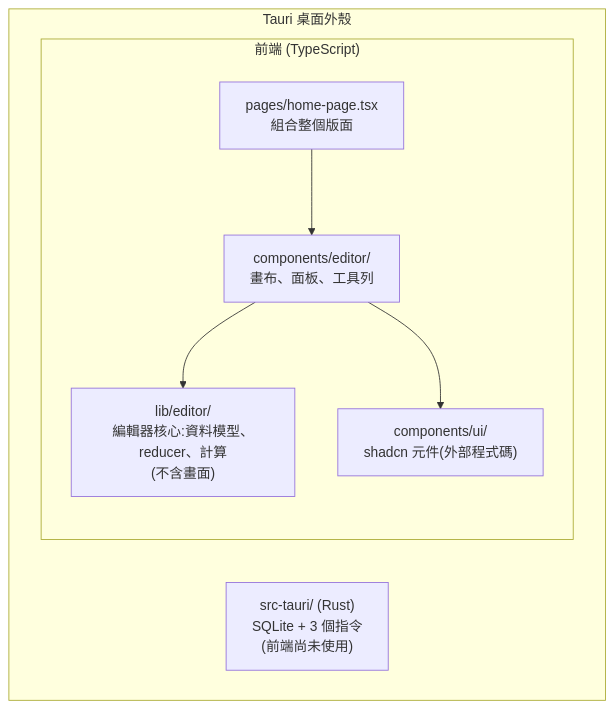
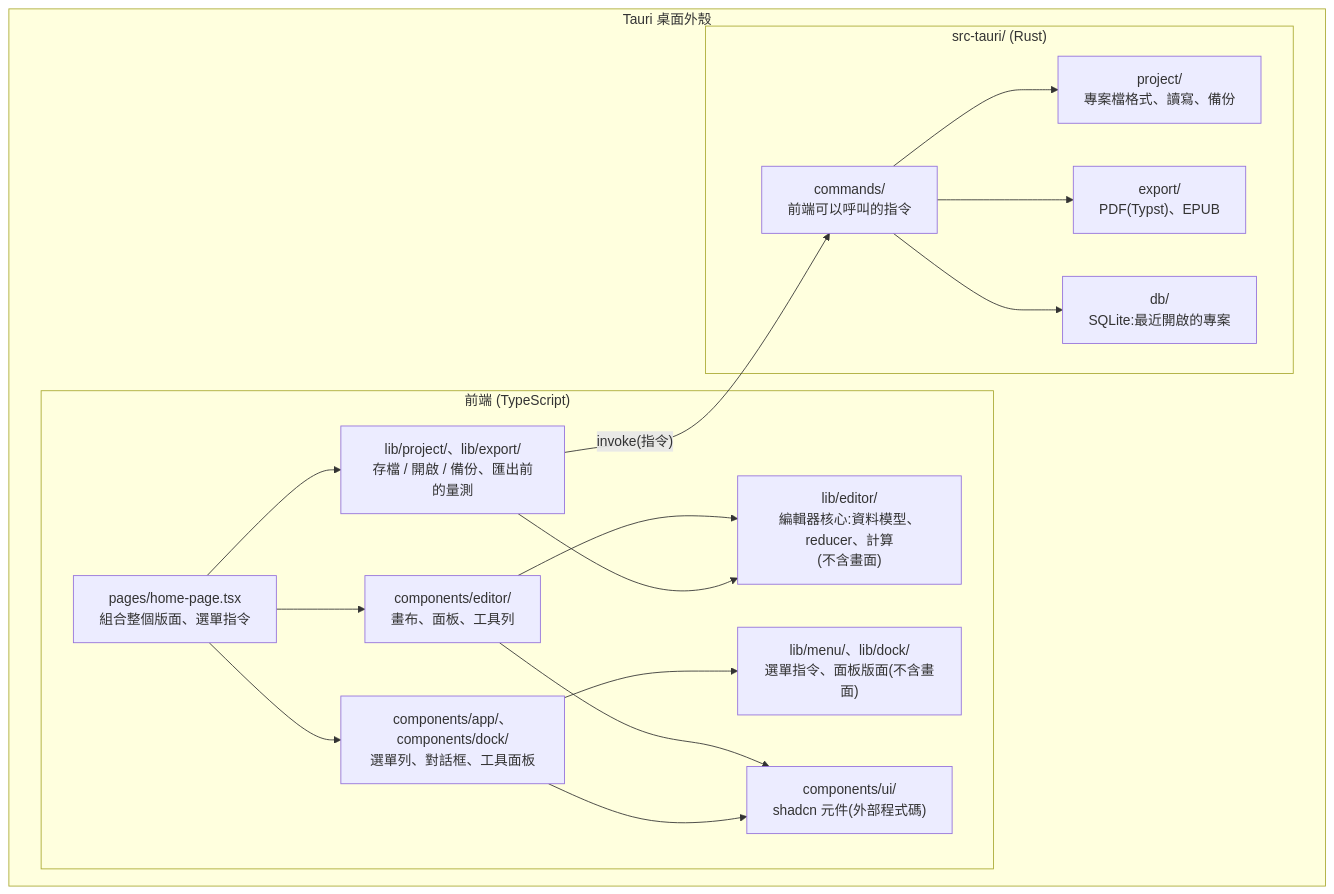
The second of 4 diagrams in docs/02-architecture.md (dino5168/magazine-editor), drawn with Mermaid before and after one commit. The commit also changed other lines of this file and 1 other file, not shown here.

First line of the commit message:
docs: update the architecture guide and defer EPUB stage 3

````diff
--- a/docs/02-architecture.md
+++ b/docs/02-architecture.md
@@ -22,15 +22,32 @@
 ```mermaid
 flowchart TB
     subgraph Tauri["Tauri 桌面外殼"]
         subgraph Front["前端 (TypeScript)"]
-            Page["pages/home-page.tsx<br/>組合整個版面"]
+            Page["pages/home-page.tsx<br/>組合整個版面、選單指令"]
             Comp["components/editor/<br/>畫布、面板、工具列"]
+            AppUI["components/app/、components/dock/<br/>選單列、對話框、工具面板"]
             Core["lib/editor/<br/>編輯器核心:資料模型、reducer、計算<br/>(不含畫面)"]
+            Other["lib/menu/、lib/dock/<br/>選單指令、面板版面(不含畫面)"]
+            Proj["lib/project/、lib/export/<br/>存檔 / 開啟 / 備份、匯出前的量測"]
             UI["components/ui/<br/>shadcn 元件(外部程式碼)"]
             Page --> Comp
+            Page --> AppUI
+            Page --> Proj
             Comp --> Core
+            AppUI --> Other
+            Proj --> Core
             Comp --> UI
+            AppUI --> UI
         end
-        Rust["src-tauri/ (Rust)<br/>SQLite + 3 個指令<br/>(前端尚未使用)"]
+        subgraph Rust["src-tauri/ (Rust)"]
+            Cmd["commands/<br/>前端可以呼叫的指令"]
+            RP["project/<br/>專案檔格式、讀寫、備份"]
+            RE["export/<br/>PDF(Typst)、EPUB"]
+            DB["db/<br/>SQLite:最近開啟的專案"]
+            Cmd --> RP
+            Cmd --> RE
+            Cmd --> DB
+        end
+        Proj -- "invoke(指令)" --> Cmd
     end
 ```
````
